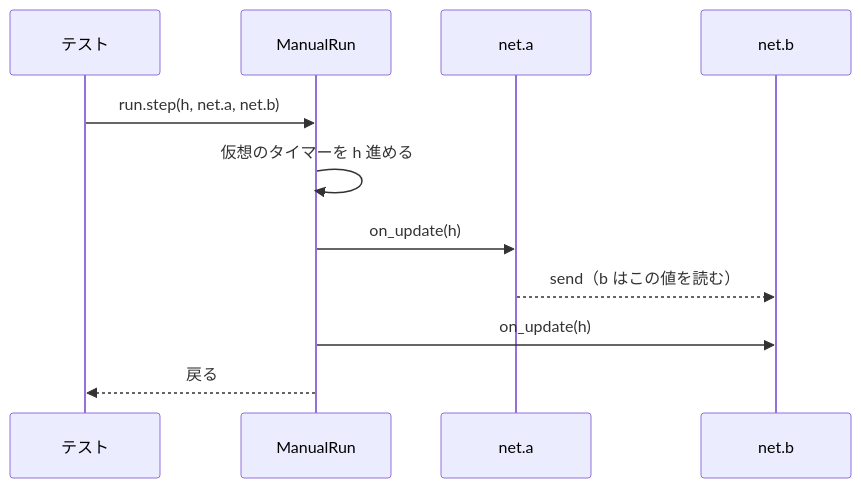
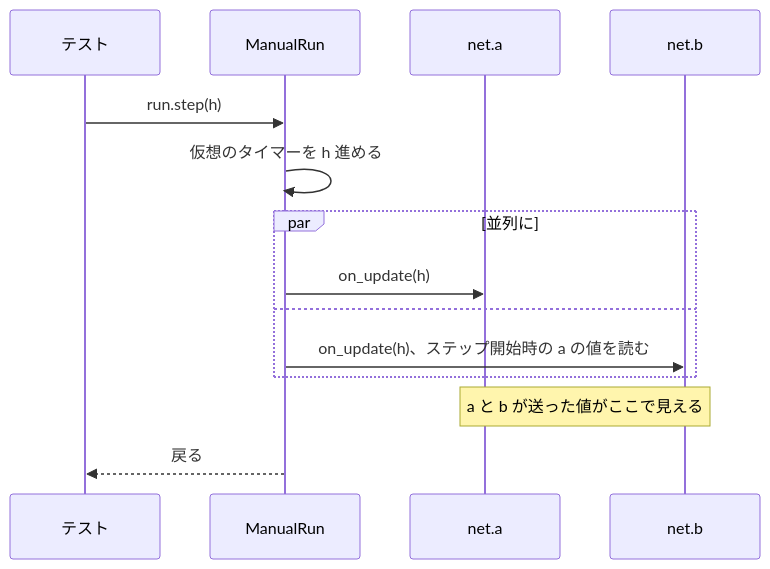
Before and after one commit to Geson-anko/mujou: the tenth of 12 diagrams in docs/ja/concepts.md, drawn with Mermaid. The commit also changed other lines of this file and 15 other files, not shown here.

````diff
--- a/docs/ja/concepts.md
+++ b/docs/ja/concepts.md
@@ -413,13 +413,16 @@
 ```mermaid
 sequenceDiagram
     participant T as テスト
     participant R as ManualRun
     participant A as net.a
     participant B as net.b
-    T->>R: run.step(h, net.a, net.b)
+    T->>R: run.step(h)
     R->>R: 仮想のタイマーを h 進める
-    R->>A: on_update(h)
-    A-->>B: send（b はこの値を読む）
-    R->>B: on_update(h)
+    par 並列に
+        R->>A: on_update(h)
+    and
+        R->>B: on_update(h)、ステップ開始時の a の値を読む
+    end
+    Note over A,B: a と b が送った値がここで見える
     R-->>T: 戻る
 ```
````
